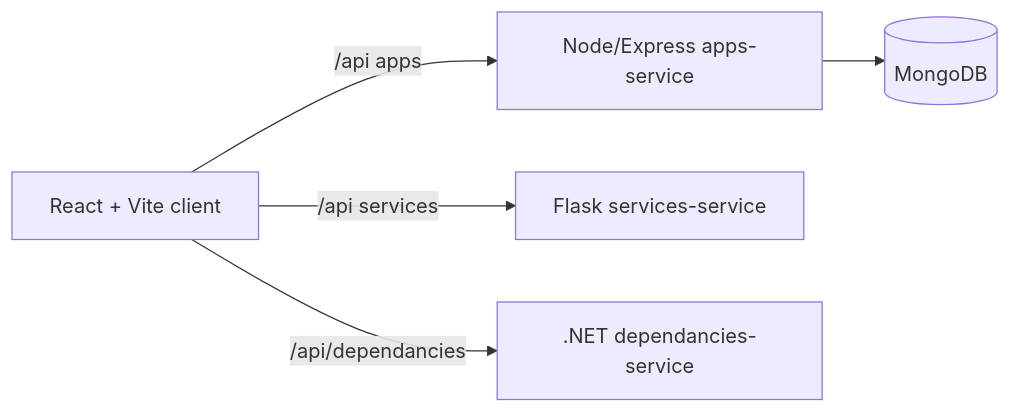
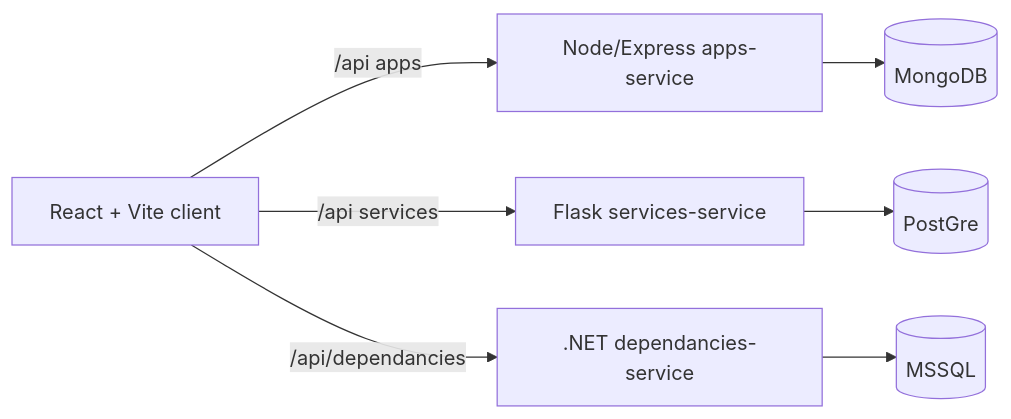
Before and after one commit to koydas/fullstack-pilot: the diagram in README.md, drawn with Mermaid.

Commit message:
Update database connections in architecture diagram

````diff
--- a/README.md
+++ b/README.md
@@ -21,13 +21,17 @@
 ```mermaid
 flowchart LR
   UI[React + Vite client]
   API[Node/Express apps-service]
-  DB[(MongoDB)]
+  DB1[(MongoDB)]
+  DB2[(PostGre)]
+  DB3[(MSSQL)]
   PY[Flask services-service]
   DOTNET[.NET dependancies-service]
 
   UI -->|/api apps| API
-  API --> DB
+  API --> DB1
+  PY --> DB2
+  DOTNET --> DB3
   UI -->|/api services| PY
   UI -->|/api/dependancies| DOTNET
 ```
````
